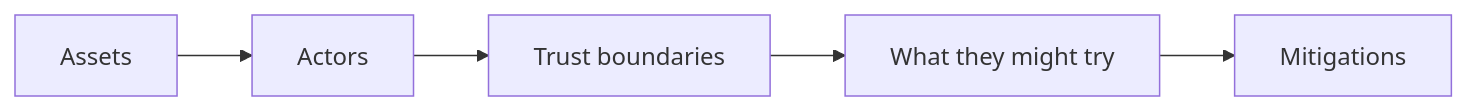
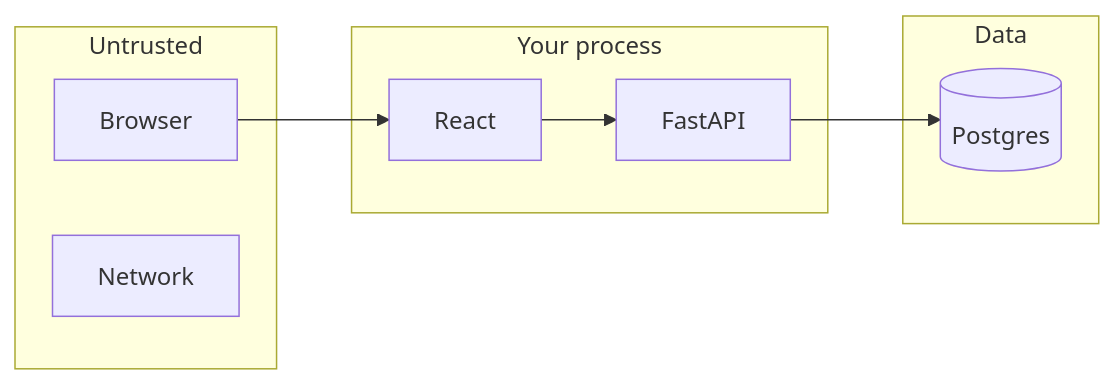
The diagram in textbook/month-13/week-04/day-06.md (SuperPower-ai/StackOneRTM), drawn with Mermaid before and after one commit. The commit also changed other lines of this file and 239 other files, not shown here.

````diff
--- a/textbook/month-13/week-04/day-06.md
+++ b/textbook/month-13/week-04/day-06.md
@@ -19,7 +29,17 @@
 ```mermaid
 flowchart LR
-  A[Assets] --> B[Actors]
-  B --> C[Trust boundaries]
-  C --> D[What they might try]
-  D --> E[Mitigations]
+  subgraph untrusted [Untrusted]
+    B[Browser]
+    N[Network]
+  end
+  subgraph trust [Your process]
+    SPA[React]
+    API[FastAPI]
+  end
+  subgraph store [Data]
+    PG[(Postgres)]
+  end
+  B --> SPA
+  SPA --> API
+  API --> PG
 ```
````
